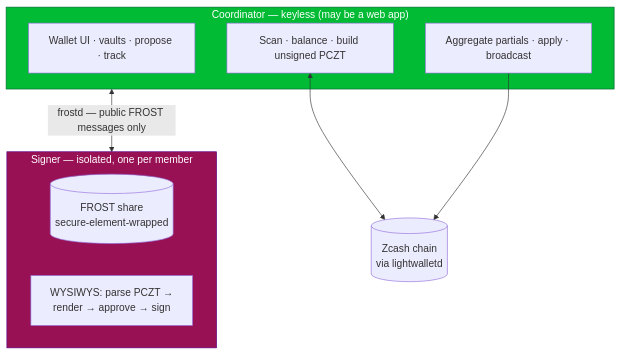
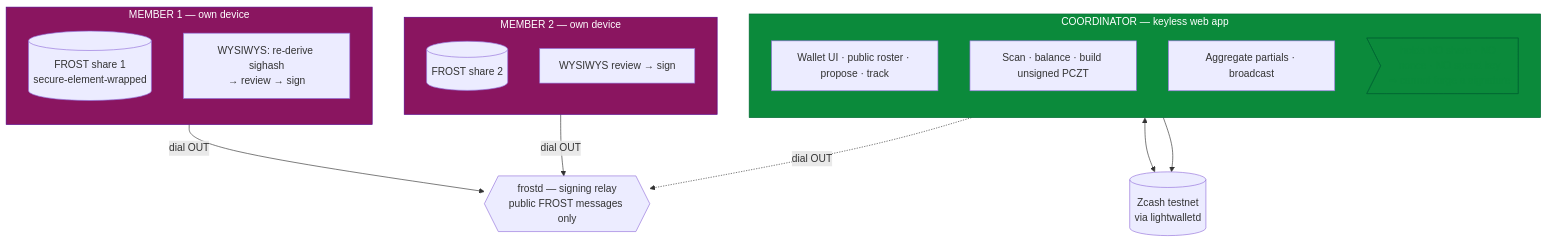
One commit to amiabix/loki changed the diagram in README.md. Above: the diagram before and after it, drawn with Mermaid. The commit also changed other lines of this file and 1 other file, not shown here.

Commit message:
docs(onboarding): one-command member join + clearer README/diagram

````diff
--- a/README.md
+++ b/README.md
@@ -16,22 +16,38 @@
 ```mermaid
 flowchart TB
-  subgraph C["Coordinator — keyless (may be a web app)"]
-    UI["Wallet UI · vaults · propose · track"]
+  subgraph COORD["COORDINATOR — keyless web app"]
+    direction TB
+    UI["Wallet UI · public roster · propose · track"]
     BUILD["Scan · balance · build unsigned PCZT"]
-    AGG["Aggregate partials · apply · broadcast"]
+    AGG["Aggregate partials · broadcast"]
+    NOKEY>"holds NO share · NO nonce · NO spend key<br/>⇒ cannot forge a signature"]
   end
-  subgraph S["Signer — isolated, one per member"]
-    SHARE[("FROST share<br/>secure-element-wrapped")]
-    WYS["WYSIWYS: parse PCZT →<br/>render → approve → sign"]
+
+  FROSTD{{"frostd — signing relay<br/>public FROST messages only"}}
+
+  subgraph M1["MEMBER 1 — own device"]
+    direction TB
+    SH1[("FROST share 1<br/>secure-element-wrapped")]
+    W1["WYSIWYS: re-derive sighash<br/>→ review → sign"]
   end
-  CHAIN[("Zcash chain<br/>via lightwalletd")]
+  subgraph M2["MEMBER 2 — own device"]
+    direction TB
+    SH2[("FROST share 2")]
+    W2["WYSIWYS review → sign"]
+  end
 
-  C <-->|"frostd — public FROST messages only"| S
+  CHAIN[("Zcash testnet<br/>via lightwalletd")]
+
+  COORD    -. "dial OUT" .-> FROSTD
+  M1 -- "dial OUT" --> FROSTD
+  M2 -- "dial OUT" --> FROSTD
   BUILD <--> CHAIN
   AGG --> CHAIN
 
-  classDef keyless fill:#0b3,stroke:#063,color:#fff;
-  classDef secret fill:#915,stroke:#508,color:#fff;
-  class C keyless
-  class S secret
+  classDef keyless fill:#0b8a3b,stroke:#063,color:#fff;
+  classDef secret fill:#8a1560,stroke:#508,color:#fff;
+  classDef note fill:none,stroke:#063,color:#0b8a3b;
+  class COORD keyless
+  class M1,M2 secret
+  class NOKEY note
 ```
````
